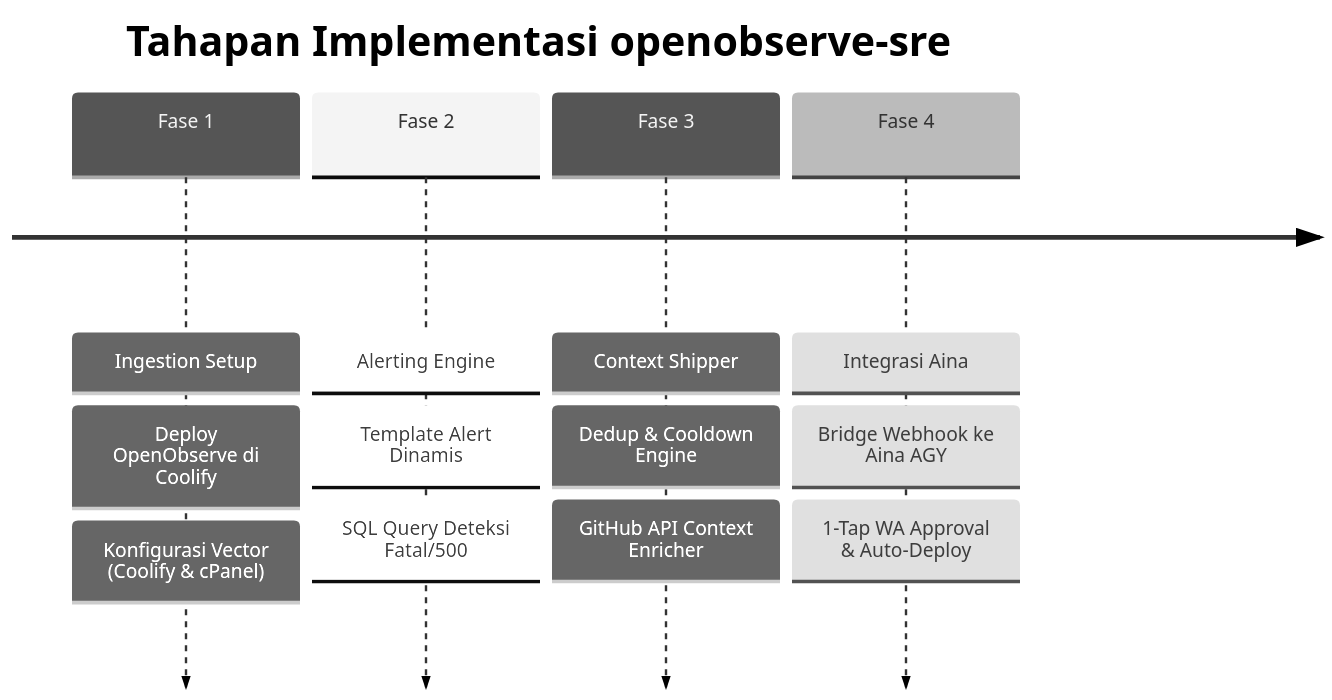
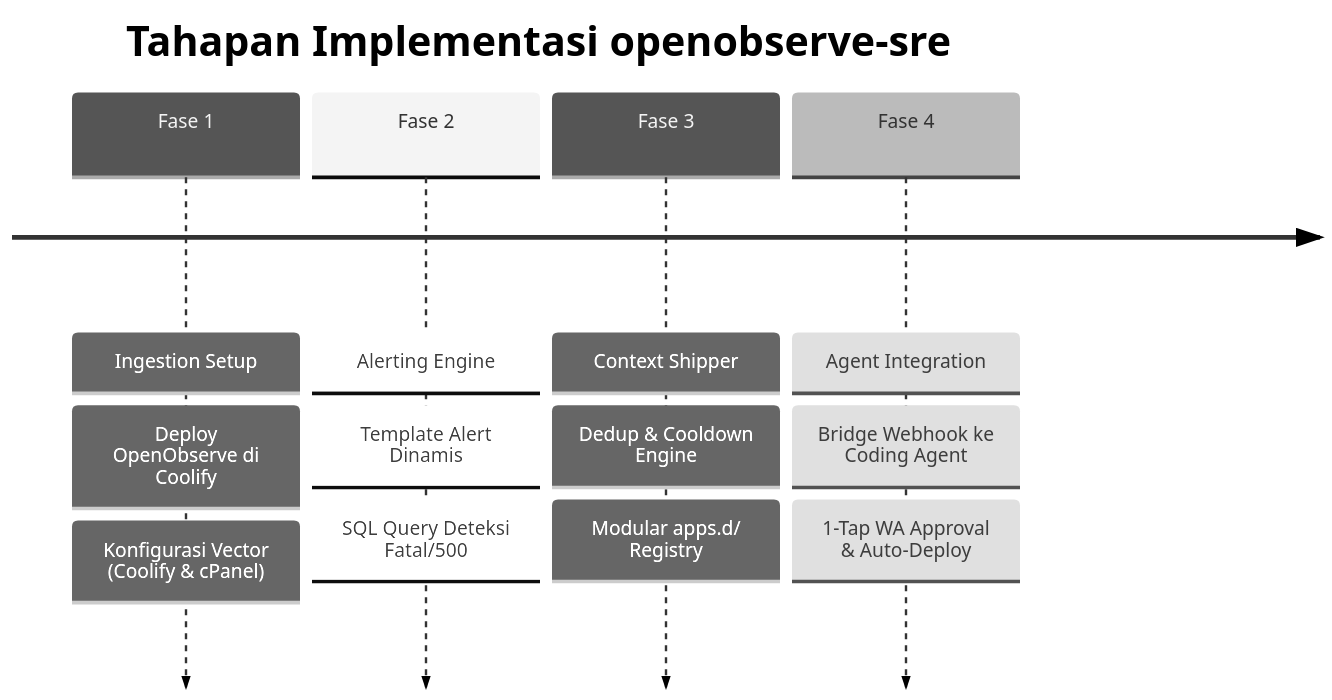
One commit to ihkaru/openobserve-sre changed the diagram in docs/ROADMAP.md. Above: the diagram before and after it, drawn with Mermaid (neutral theme). The commit also changed other lines of this file and 6 other files, not shown here.

Commit message:
refactor: make repo strictly agent-agnostic and add coding agent environment setup guide

````diff
--- a/docs/ROADMAP.md
+++ b/docs/ROADMAP.md
@@ -9,8 +9,8 @@
 ```mermaid
 timeline
     title Tahapan Implementasi openobserve-sre
     Fase 1 : Ingestion Setup : Deploy OpenObserve di Coolify : Konfigurasi Vector (Coolify & cPanel)
     Fase 2 : Alerting Engine : Template Alert Dinamis : SQL Query Deteksi Fatal/500
-    Fase 3 : Context Shipper : Dedup & Cooldown Engine : GitHub API Context Enricher
-    Fase 4 : Integrasi Aina : Bridge Webhook ke Aina AGY : 1-Tap WA Approval & Auto-Deploy
+    Fase 3 : Context Shipper : Dedup & Cooldown Engine : Modular apps.d/ Registry
+    Fase 4 : Agent Integration : Bridge Webhook ke Coding Agent : 1-Tap WA Approval & Auto-Deploy
 ```
````
